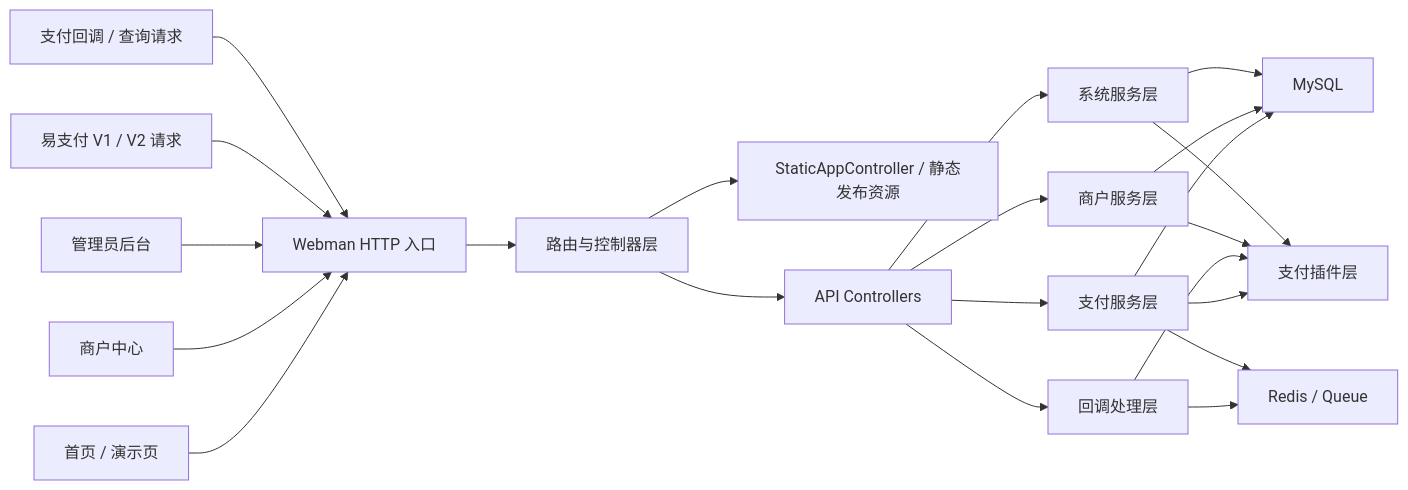
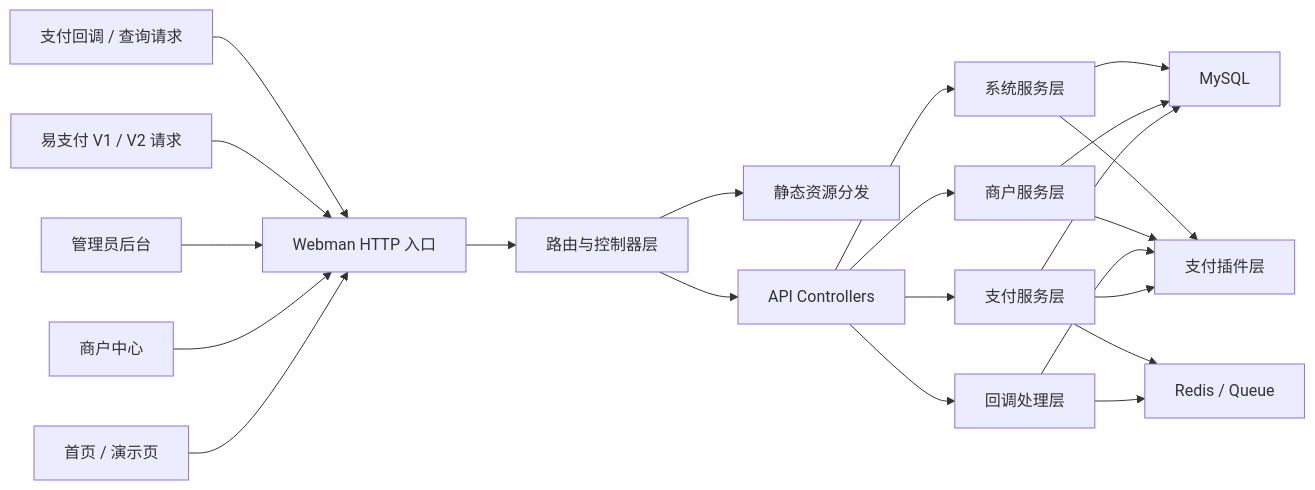
Before and after one commit to hzgz/NexPay: the diagram in README.md, drawn with Mermaid. The commit also changed other lines of this file and 16 other files, not shown here.

````diff
--- a/README.md
+++ b/README.md
@@ -61,28 +35,28 @@
 ```mermaid
 flowchart LR
     Home["首页 / 演示页"] --> Webman["Webman HTTP 入口"]
     Merchant["商户中心"] --> Webman
     Admin["管理员后台"] --> Webman
     Compat["易支付 V1 / V2 请求"] --> Webman
     Callback["支付回调 / 查询请求"] --> Webman
 
     Webman --> Router["路由与控制器层"]
-    Router --> Static["StaticAppController / 静态发布资源"]
+    Router --> Static["静态资源分发"]
     Router --> Api["API Controllers"]
 
     Api --> Payment["支付服务层"]
     Api --> MerchantSvc["商户服务层"]
     Api --> SystemSvc["系统服务层"]
     Api --> CallbackSvc["回调处理层"]
 
     Payment --> Plugins["支付插件层"]
     CallbackSvc --> Plugins
     MerchantSvc --> Plugins
     SystemSvc --> Plugins
 
     Payment --> MySQL["MySQL"]
     MerchantSvc --> MySQL
     SystemSvc --> MySQL
     CallbackSvc --> Redis["Redis / Queue"]
     Payment --> Redis
 ```
````
